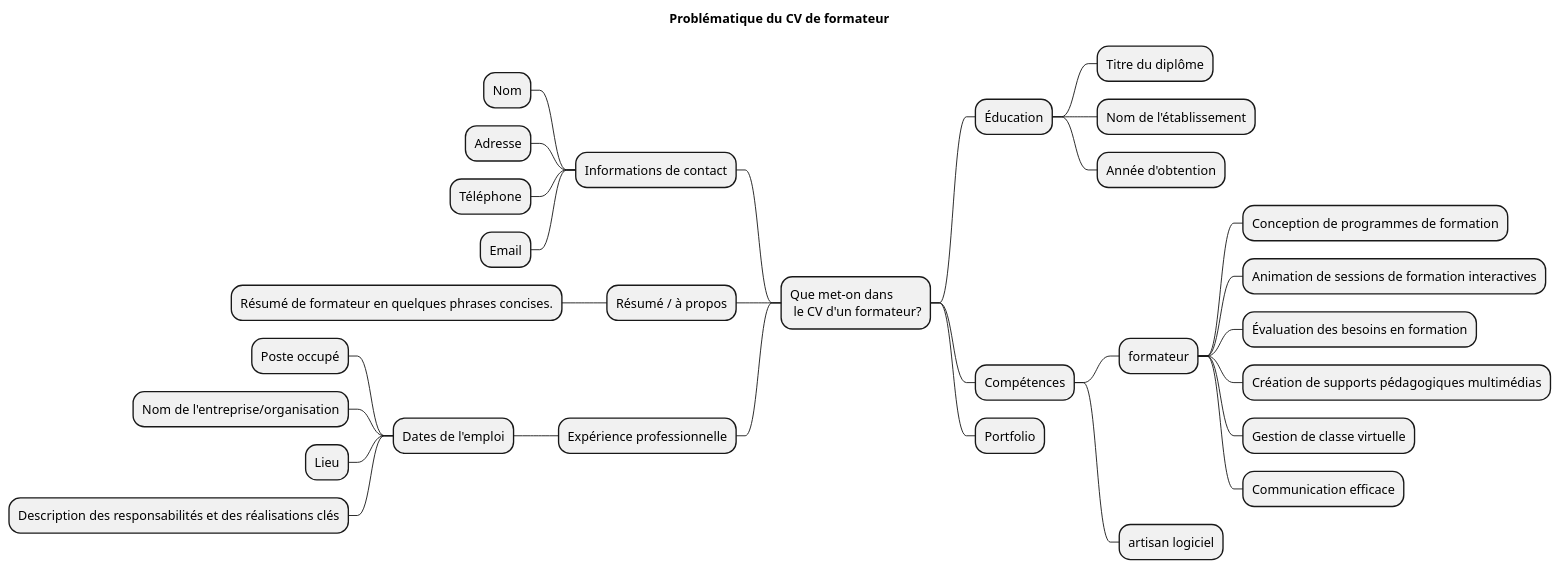
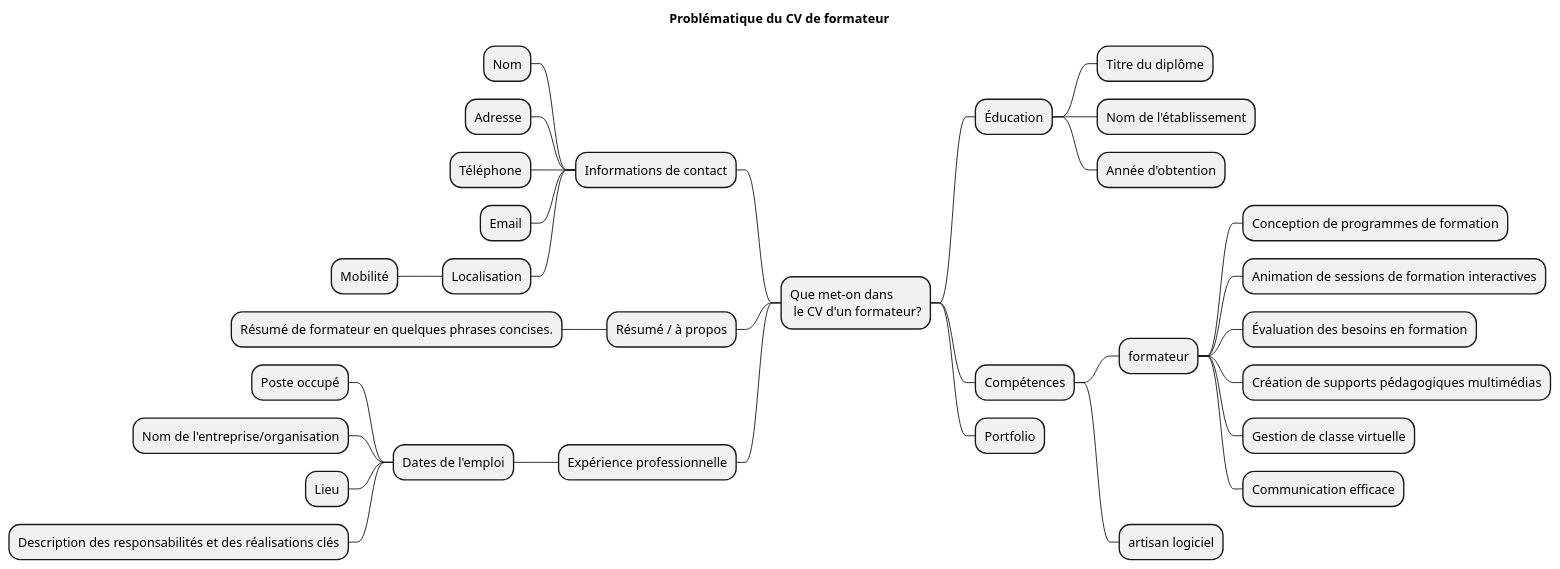
Before and after one commit to cheroliv/formateur: the diagram in 03_les_outils_du_formateur/cv_formateur_mindmap.puml, drawn with PlantUML.

Commit message:
clean, refactor, rename and add content.

```diff
--- a/03_les_outils_du_formateur/cv_formateur_mindmap.puml
+++ b/03_les_outils_du_formateur/cv_formateur_mindmap.puml
@@ -1,44 +1,46 @@
 @startmindmap
 'https://plantuml.com/mindmap-diagram
 
 title Problématique du CV de formateur
 
 * Que met-on dans \n le CV d'un formateur?
 
 left side
 
 ** Informations de contact
 *** Nom
 *** Adresse
 *** Téléphone
 *** Email
+*** Localisation
+**** Mobilité
 
 ** Résumé / à propos
 *** Résumé de formateur en quelques phrases concises.
 
 ** Expérience professionnelle
 *** Dates de l'emploi
 **** Poste occupé
 **** Nom de l'entreprise/organisation
 **** Lieu
 **** Description des responsabilités et des réalisations clés
 
 right side
 
 ** Éducation
 *** Titre du diplôme
 *** Nom de l'établissement
 *** Année d'obtention
 
 ** Compétences
 *** formateur
 **** Conception de programmes de formation
 **** Animation de sessions de formation interactives
 **** Évaluation des besoins en formation
 **** Création de supports pédagogiques multimédias
 **** Gestion de classe virtuelle
 **** Communication efficace
 *** artisan logiciel
 ** Portfolio
 
 @endmindmap
```
